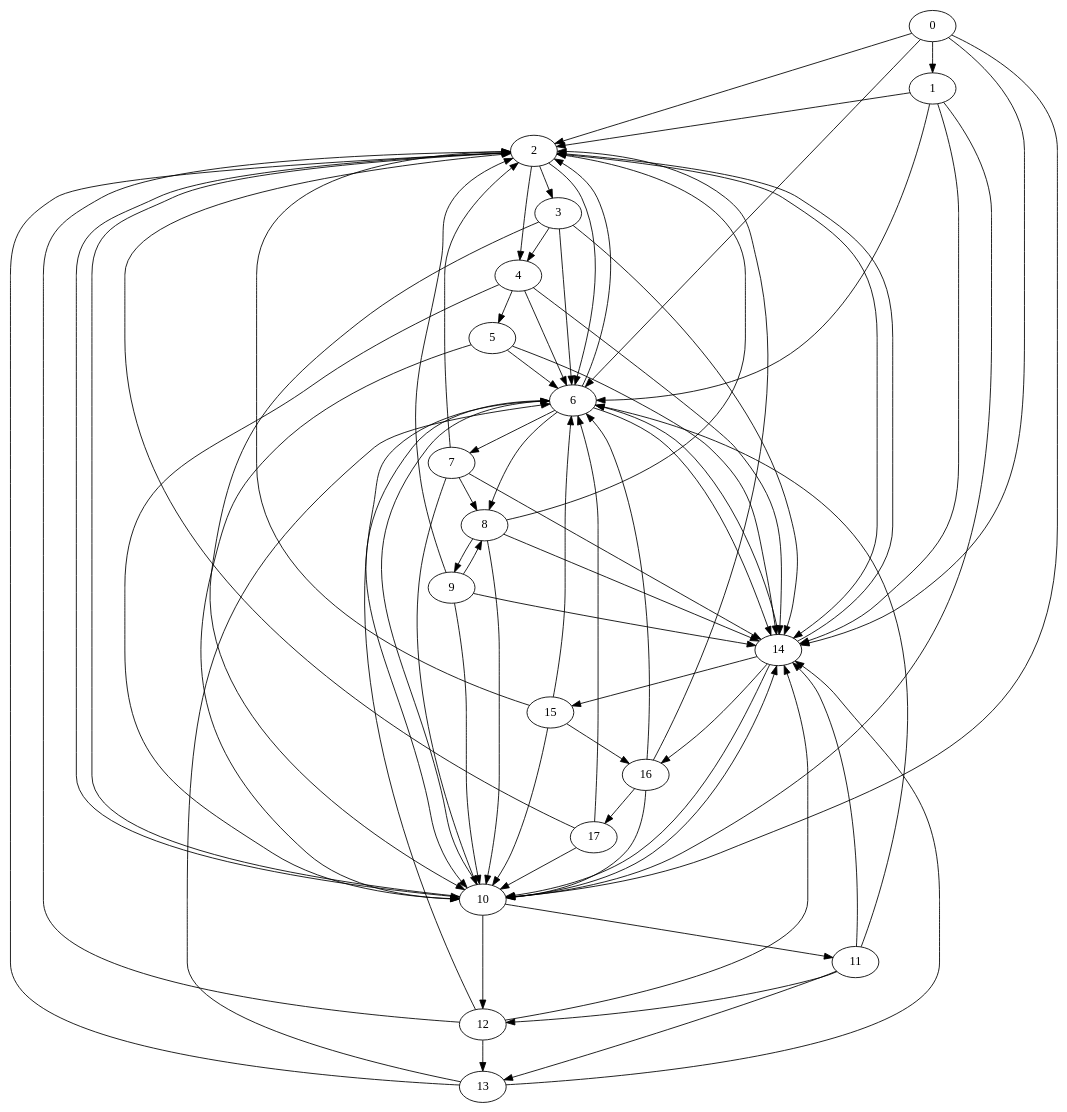
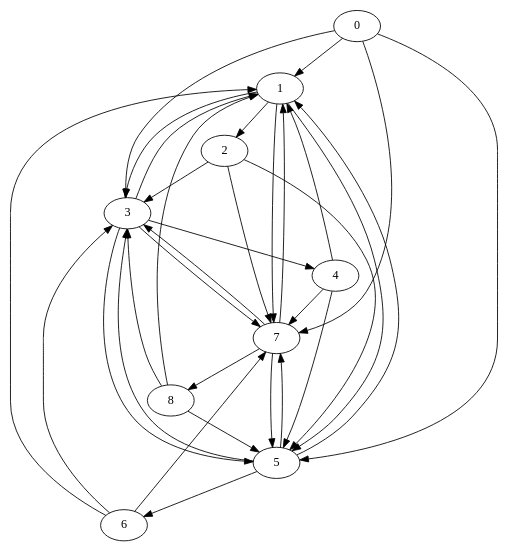
The diagram in BoostGraphTutorial/title_graph.dot (richelbilderbeek/boost_graph_cookbook_1), drawn with Graphviz before and after one commit. The commit also changed 23 other files, not shown here.

```diff
--- a/BoostGraphTutorial/title_graph.dot
+++ b/BoostGraphTutorial/title_graph.dot
@@ -1,94 +1,43 @@
 digraph G {
 0;
 1;
 2;
 3;
 4;
 5;
 6;
 7;
 8;
-9;
-10;
-11;
-12;
-13;
-14;
-15;
-16;
-17;
 0->1 ;
-0->2 ;
-0->6 ;
-0->10 ;
-0->14 ;
+0->3 ;
+0->5 ;
+0->7 ;
 1->2 ;
-1->6 ;
-1->10 ;
-1->14 ;
+1->3 ;
+1->5 ;
+1->7 ;
 2->3 ;
-2->4 ;
-2->6 ;
-2->10 ;
-2->14 ;
+2->5 ;
+2->7 ;
+3->1 ;
 3->4 ;
-3->6 ;
-3->10 ;
-3->14 ;
+3->5 ;
+3->7 ;
+4->1 ;
 4->5 ;
-4->6 ;
-4->10 ;
-4->14 ;
+4->7 ;
+5->1 ;
+5->3 ;
 5->6 ;
-5->10 ;
-5->14 ;
+5->7 ;
+6->1 ;
+6->3 ;
 6->7 ;
-6->2 ;
-6->8 ;
-6->10 ;
-6->14 ;
-7->2 ;
+7->1 ;
+7->3 ;
+7->5 ;
 7->8 ;
-7->10 ;
-7->14 ;
-8->9 ;
-8->2 ;
-8->10 ;
-8->14 ;
-9->2 ;
-9->8 ;
-9->10 ;
-9->14 ;
-10->11 ;
-10->2 ;
-10->6 ;
-10->12 ;
-10->14 ;
-11->6 ;
-11->12 ;
-11->14 ;
-11->13 ;
-12->13 ;
-12->2 ;
-12->6 ;
-12->14 ;
-13->2 ;
-13->6 ;
-13->14 ;
-14->15 ;
-14->2 ;
-14->6 ;
-14->10 ;
-14->16 ;
-15->16 ;
-15->2 ;
-15->6 ;
-15->10 ;
-16->17 ;
-16->2 ;
-16->6 ;
-16->10 ;
-17->2 ;
-17->6 ;
-17->10 ;
+8->1 ;
+8->3 ;
+8->5 ;
 }
```
